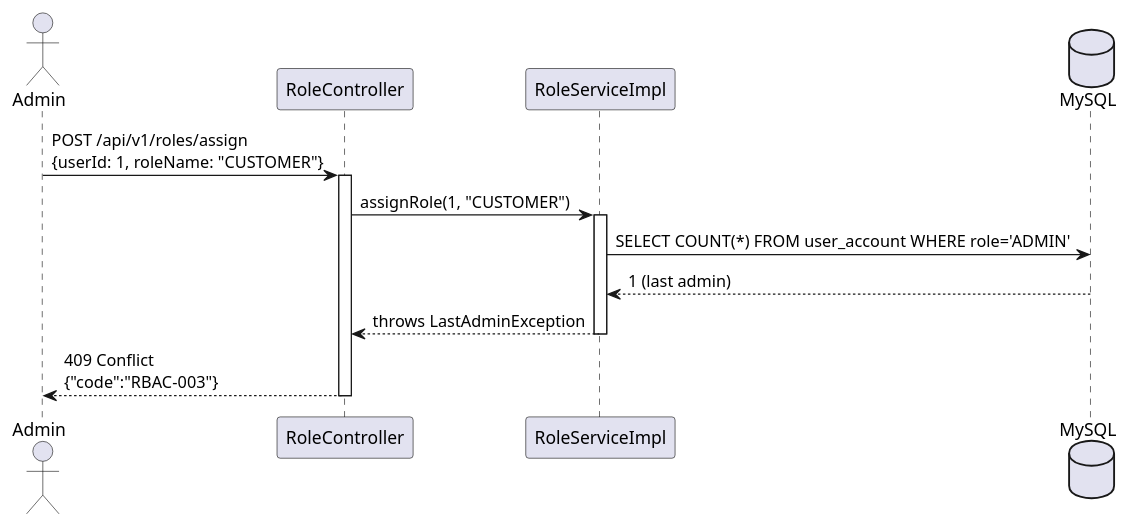
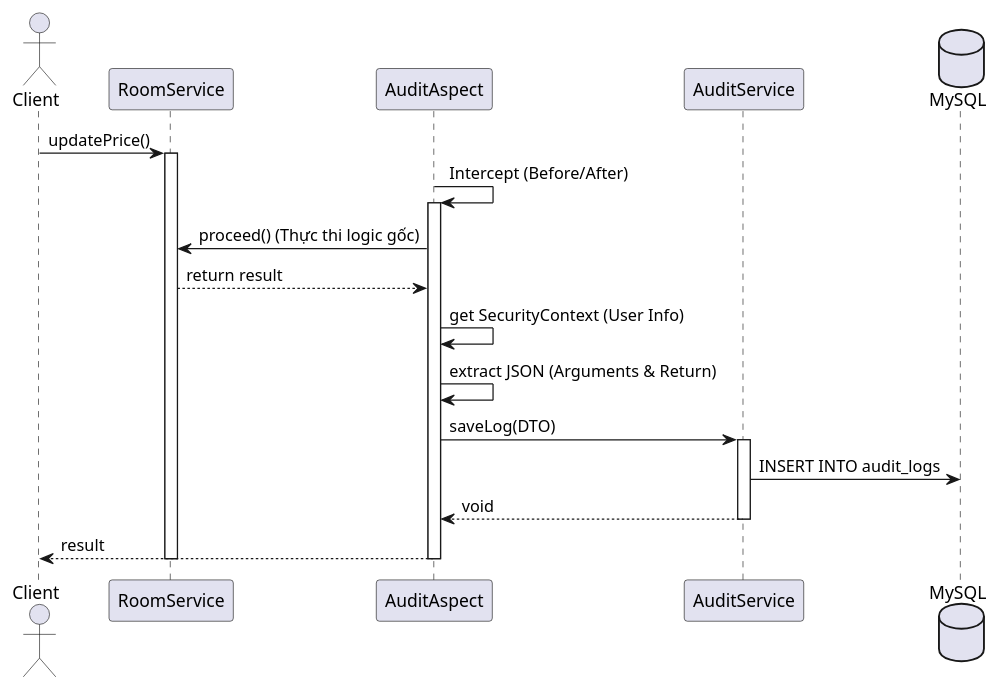
The second of 2 diagrams in 06-Testing/mod1_auth/uc05/EDS_uc05_SPEC.md (Luuxinhxinh/hoanien-resort), drawn with PlantUML before and after one commit. The commit also changed other lines of this file and 81 other files, not shown here.

````diff
--- a/06-Testing/mod1_auth/uc05/EDS_uc05_SPEC.md
+++ b/06-Testing/mod1_auth/uc05/EDS_uc05_SPEC.md
@@ -192,19 +151,26 @@
 ```plantuml
 @startuml
-actor "Admin" as A
-participant "RoleController" as Ctrl
-participant "RoleServiceImpl" as Svc
+actor Client
+participant "RoomService" as RS
+participant "AuditAspect" as Aspect
+participant "AuditService" as AS
 database MySQL as DB
 
-A -> Ctrl: POST /api/v1/roles/assign\n{userId: 1, roleName: "CUSTOMER"}
-activate Ctrl
-Ctrl -> Svc: assignRole(1, "CUSTOMER")
-activate Svc
-Svc -> DB: SELECT COUNT(*) FROM user_account WHERE role='ADMIN'
-DB --> Svc: 1 (last admin)
-Svc --> Ctrl: throws LastAdminException
-deactivate Svc
-Ctrl --> A: 409 Conflict\n{"code":"RBAC-003"}
-deactivate Ctrl
+Client -> RS: updatePrice()
+activate RS
+Aspect -> Aspect: Intercept (Before/After)
+activate Aspect
+Aspect -> RS: proceed() (Thực thi logic gốc)
+RS --> Aspect: return result
+Aspect -> Aspect: get SecurityContext (User Info)
+Aspect -> Aspect: extract JSON (Arguments & Return)
+Aspect -> AS: saveLog(DTO)
+activate AS
+AS -> DB: INSERT INTO audit_logs
+AS --> Aspect: void
+deactivate AS
+Aspect --> Client: result
+deactivate Aspect
+deactivate RS
 @enduml
 ```
````
